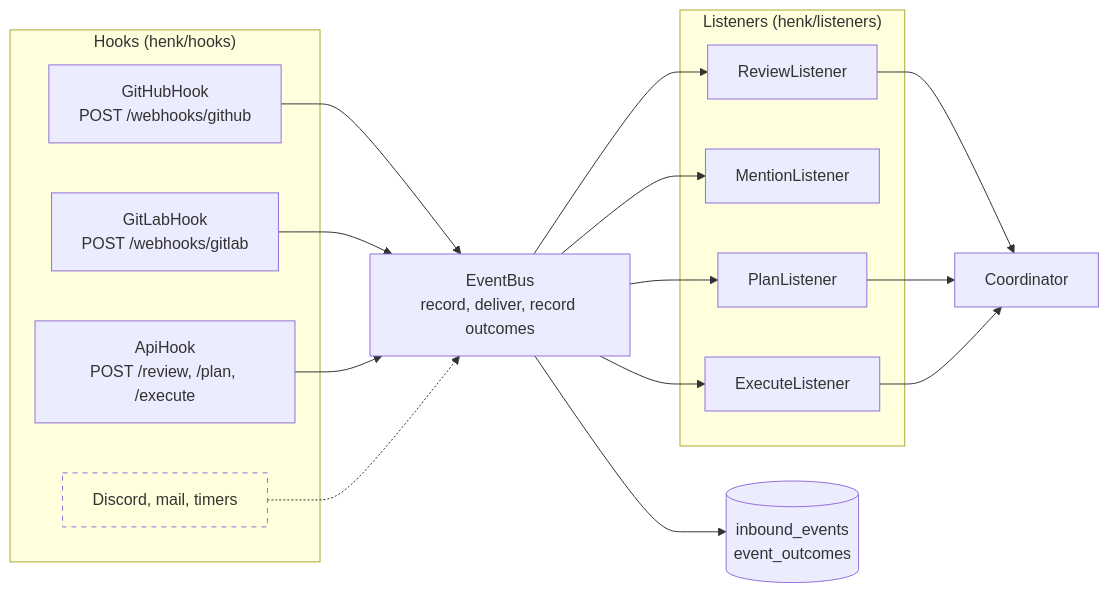
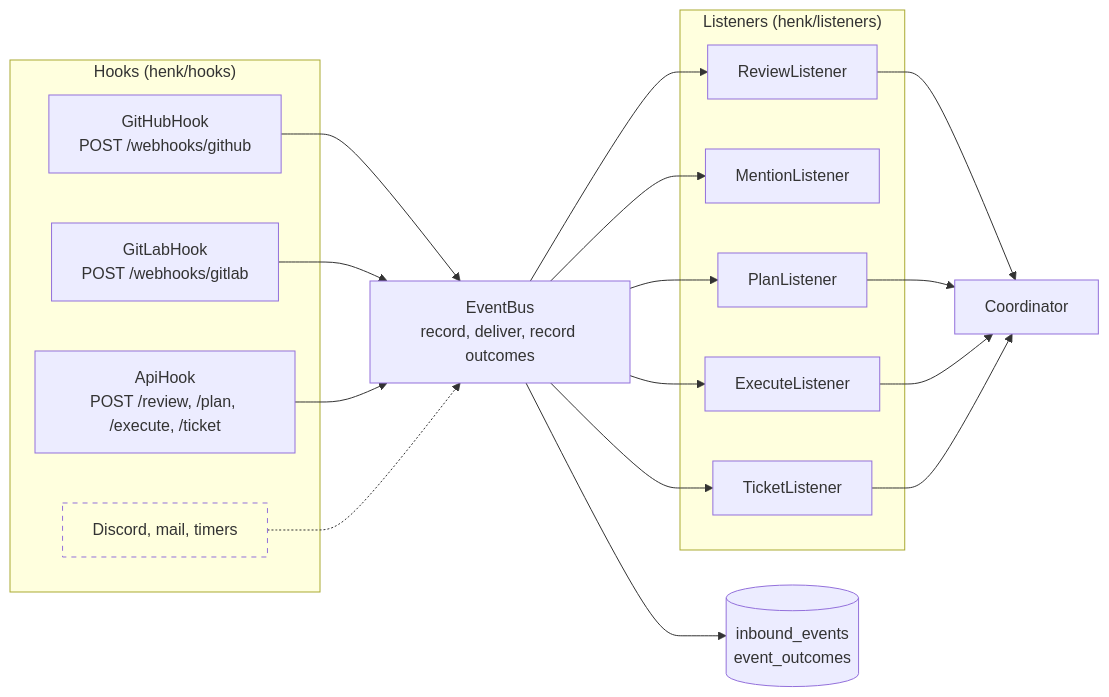
One commit to StephanMeijer/meneerhenk changed the seventh of 12 diagrams in ARCHITECTURE.md. Above: the diagram before and after it, drawn with Mermaid. The commit also changed other lines of this file and 7 other files, not shown here.

````diff
--- a/ARCHITECTURE.md
+++ b/ARCHITECTURE.md
@@ -547,31 +547,34 @@
 ```mermaid
 flowchart LR
     subgraph hooks["Hooks (henk/hooks)"]
         GHH["GitHubHook<br/>POST /webhooks/github"]
         GLH["GitLabHook<br/>POST /webhooks/gitlab"]
-        API["ApiHook<br/>POST /review, /plan, /execute"]
+        API["ApiHook<br/>POST /review, /plan, /execute, /ticket"]
         LATER["Discord, mail, timers"]:::later
     end
     BUS["EventBus<br/>record, deliver, record outcomes"]
     REC[("inbound_events<br/>event_outcomes")]
     subgraph listeners["Listeners (henk/listeners)"]
         RL["ReviewListener"]
         ML["MentionListener"]
         PL["PlanListener"]
         EL["ExecuteListener"]
+        TL["TicketListener"]
     end
     COORD["Coordinator"]
     GHH --> BUS
     GLH --> BUS
     API --> BUS
     LATER -.-> BUS
     BUS --> REC
     BUS --> RL
     BUS --> ML
     BUS --> PL
     BUS --> EL
+    BUS --> TL
     RL --> COORD
     PL --> COORD
     EL --> COORD
+    TL --> COORD
     classDef later stroke-dasharray: 5 5,fill:none
 ```
````
